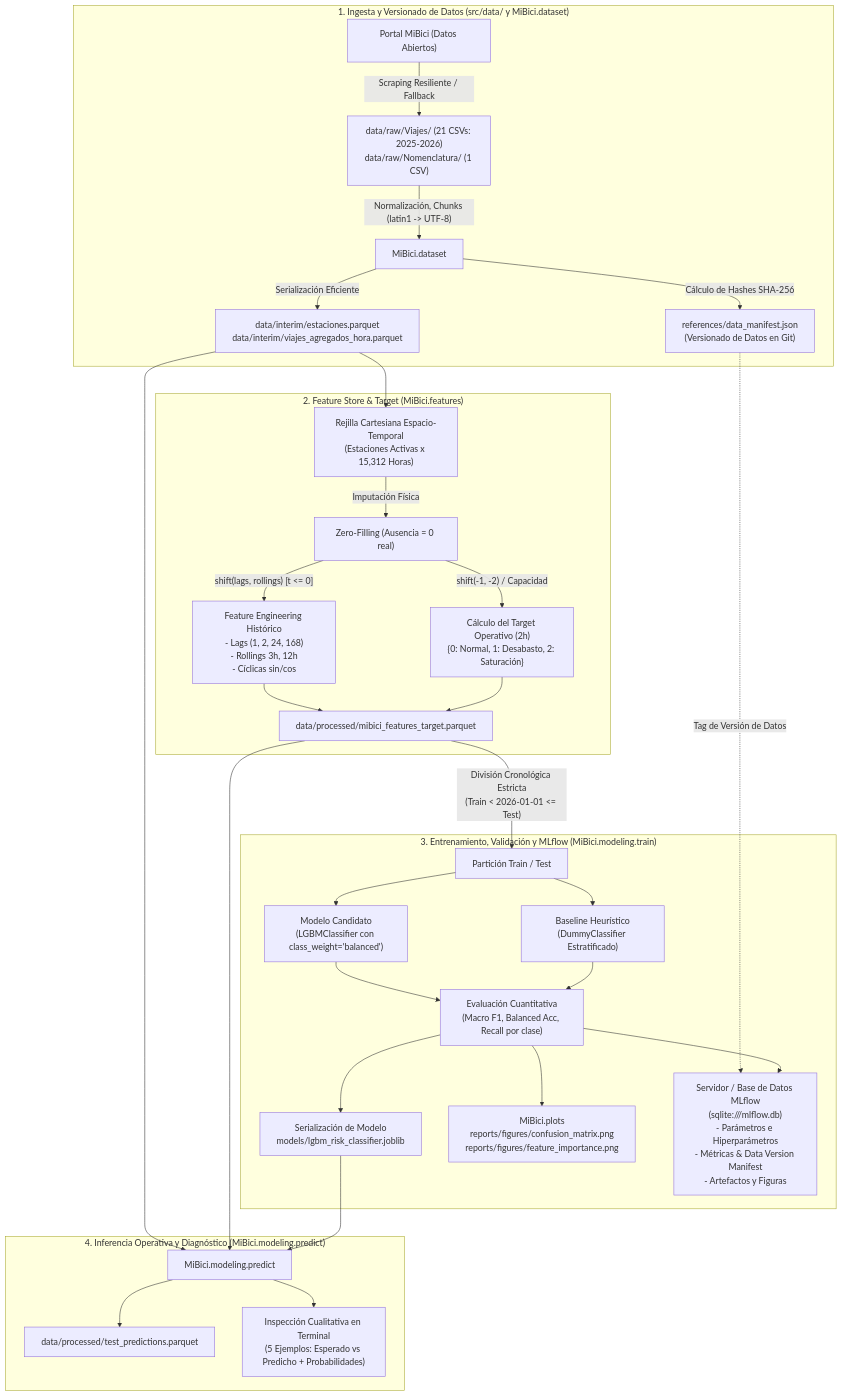
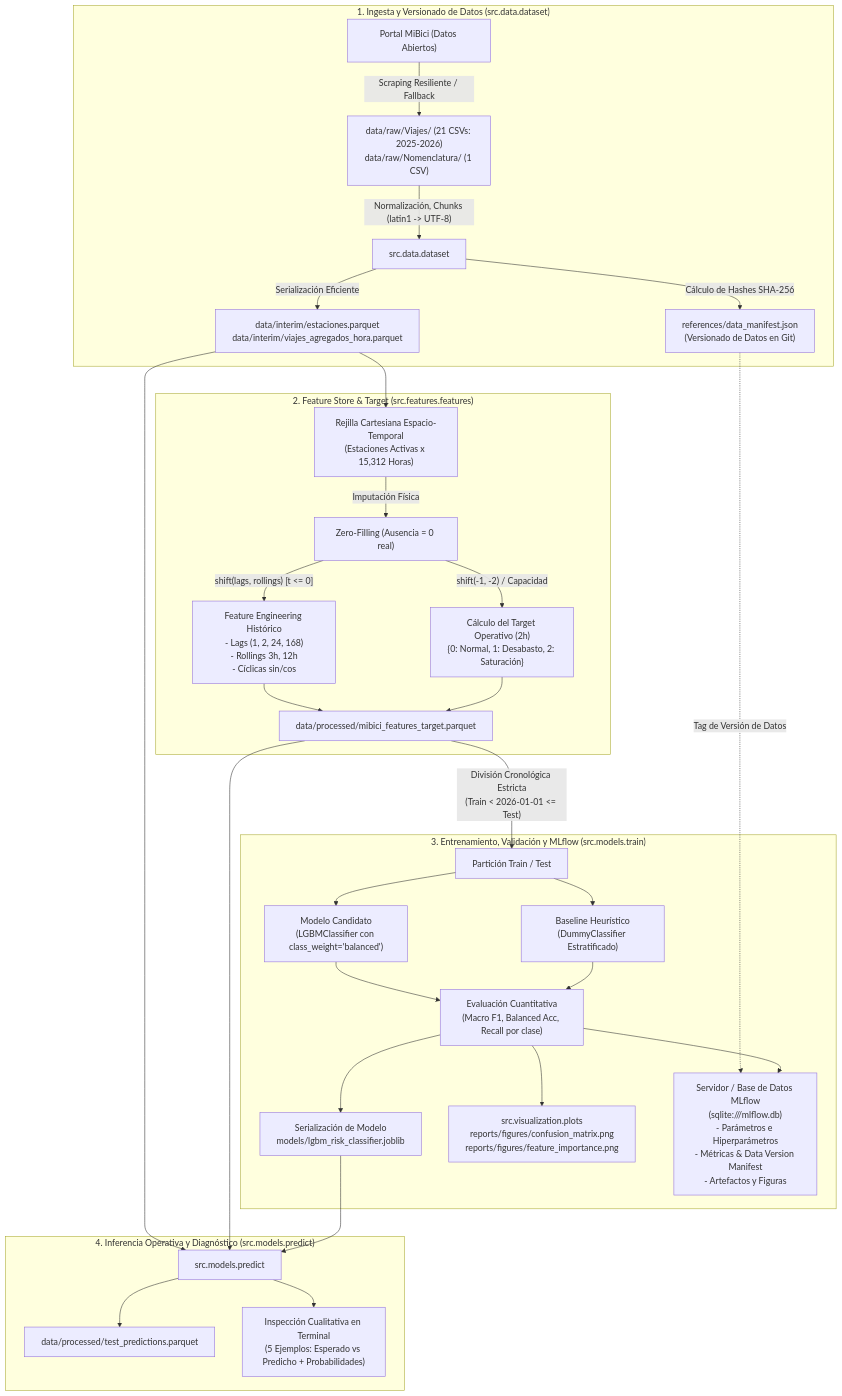
Before and after one commit to Diegob059/MLOps_Equipo30: the diagram in MLOps_Equipo30/references/architecture_diagram.md, drawn with Mermaid. The commit also changed other lines of this file and 32 other files, not shown here.

````diff
--- a/MLOps_Equipo30/references/architecture_diagram.md
+++ b/MLOps_Equipo30/references/architecture_diagram.md
@@ -9,38 +9,38 @@
 ```mermaid
 flowchart TD
-    subgraph S1["1. Ingesta y Versionado de Datos (src/data/ y MiBici.dataset)"]
+    subgraph S1["1. Ingesta y Versionado de Datos (src.data.dataset)"]
         A["Portal MiBici (Datos Abiertos)"] -->|"Scraping Resiliente / Fallback"| B["data/raw/Viajes/ (21 CSVs: 2025-2026)<br/>data/raw/Nomenclatura/ (1 CSV)"]
-        B -->|"Normalización, Chunks (latin1 -> UTF-8)"| C["MiBici.dataset"]
+        B -->|"Normalización, Chunks (latin1 -> UTF-8)"| C["src.data.dataset"]
         C -->|"Serialización Eficiente"| D["data/interim/estaciones.parquet<br/>data/interim/viajes_agregados_hora.parquet"]
         C -->|"Cálculo de Hashes SHA-256"| E["references/data_manifest.json<br/>(Versionado de Datos en Git)"]
     end
 
-    subgraph S2["2. Feature Store & Target (MiBici.features)"]
+    subgraph S2["2. Feature Store & Target (src.features.features)"]
         D --> F["Rejilla Cartesiana Espacio-Temporal<br/>(Estaciones Activas x 15,312 Horas)"]
         F -->|"Imputación Física"| G["Zero-Filling (Ausencia = 0 real)"]
         G -->|"shift(-1, -2) / Capacidad"| H["Cálculo del Target Operativo (2h)<br/>{0: Normal, 1: Desabasto, 2: Saturación}"]
         G -->|"shift(lags, rollings) [t <= 0]"| I["Feature Engineering Histórico<br/>- Lags (1, 2, 24, 168)<br/>- Rollings 3h, 12h<br/>- Cíclicas sin/cos"]
         H --> J["data/processed/mibici_features_target.parquet"]
         I --> J
     end
 
-    subgraph S3["3. Entrenamiento, Validación y MLflow (MiBici.modeling.train)"]
+    subgraph S3["3. Entrenamiento, Validación y MLflow (src.models.train)"]
         J -->|"División Cronológica Estricta<br/>(Train < 2026-01-01 <= Test)"| K["Partición Train / Test"]
         K --> L["Baseline Heurístico<br/>(DummyClassifier Estratificado)"]
         K --> M["Modelo Candidato<br/>(LGBMClassifier con class_weight='balanced')"]
         L --> N["Evaluación Cuantitativa<br/>(Macro F1, Balanced Acc, Recall por clase)"]
         M --> N
         N --> O["Serialización de Modelo<br/>models/lgbm_risk_classifier.joblib"]
-        N --> P["MiBici.plots<br/>reports/figures/confusion_matrix.png<br/>reports/figures/feature_importance.png"]
+        N --> P["src.visualization.plots<br/>reports/figures/confusion_matrix.png<br/>reports/figures/feature_importance.png"]
         N --> Q["Servidor / Base de Datos MLflow<br/>(sqlite:///mlflow.db)<br/>- Parámetros e Hiperparámetros<br/>- Métricas & Data Version Manifest<br/>- Artefactos y Figuras"]
         E -.->|"Tag de Versión de Datos"| Q
     end
 
-    subgraph S4["4. Inferencia Operativa y Diagnóstico (MiBici.modeling.predict)"]
-        O --> R["MiBici.modeling.predict"]
+    subgraph S4["4. Inferencia Operativa y Diagnóstico (src.models.predict)"]
+        O --> R["src.models.predict"]
         J --> R
         D --> R
         R --> S["data/processed/test_predictions.parquet"]
         R --> T["Inspección Cualitativa en Terminal<br/>(5 Ejemplos: Esperado vs Predicho + Probabilidades)"]
     end
 ```
````
